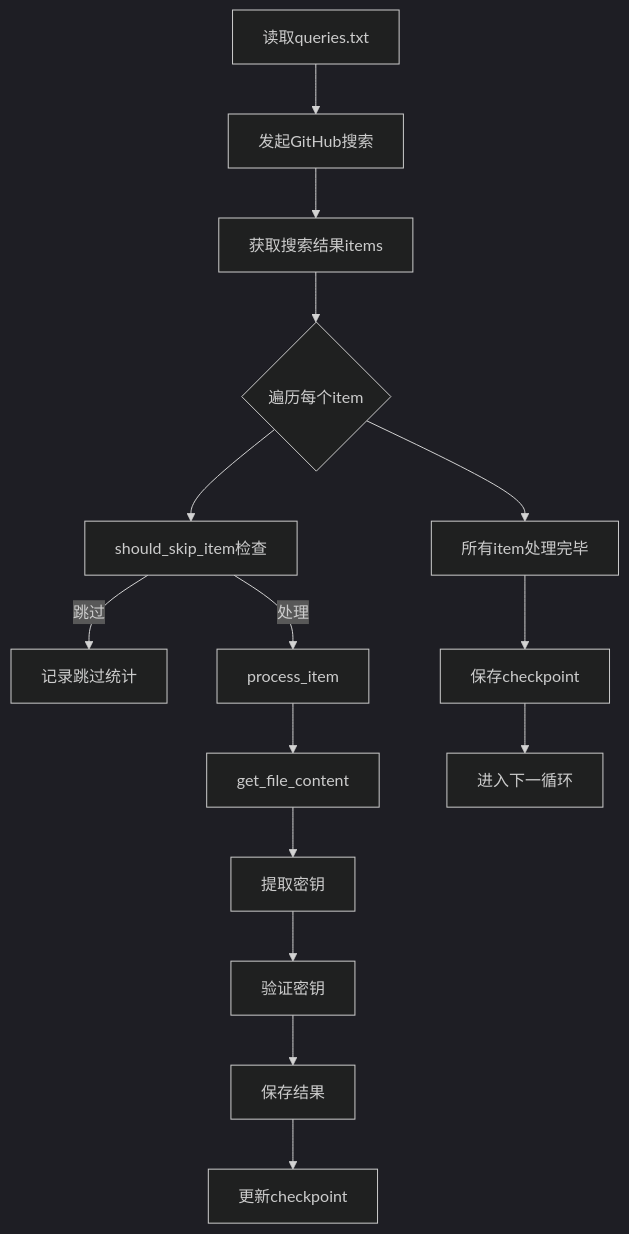
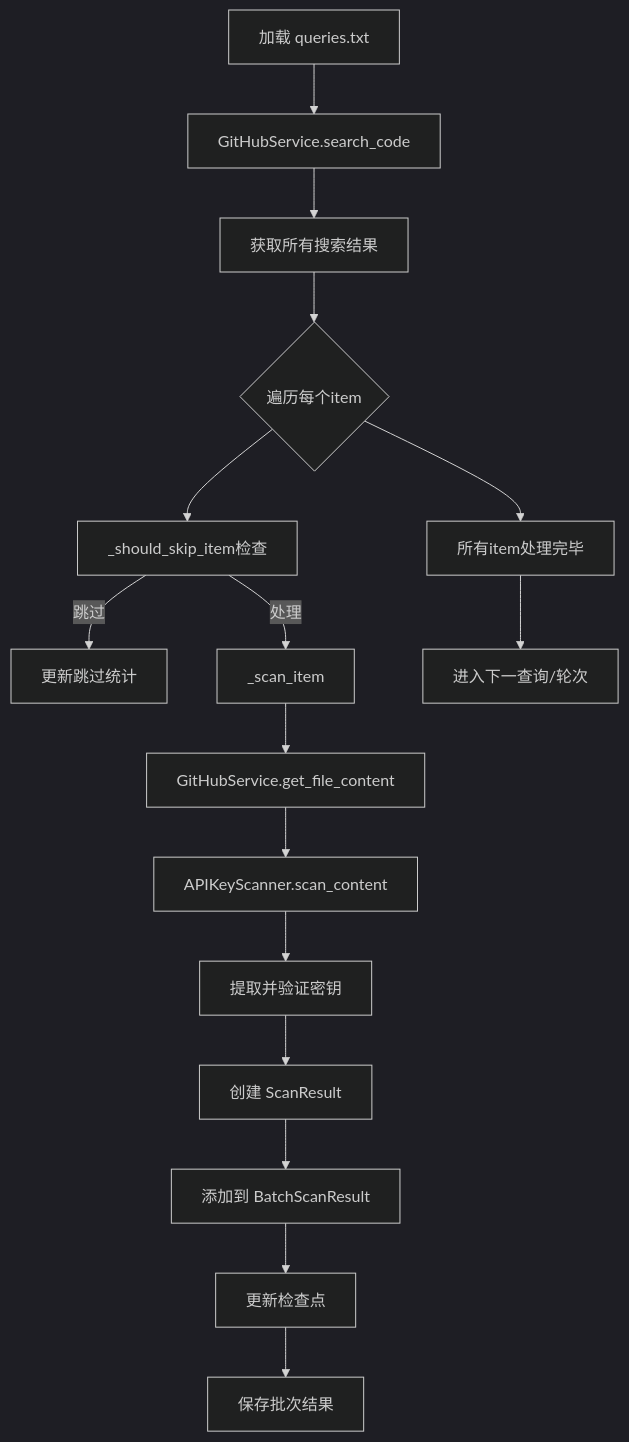
One commit to james-6-23/APIKEY-king changed the seventh of 8 diagrams in .qoder/repowiki/zh/content/核心功能详解/核心功能详解.md. Above: the diagram before and after it, drawn with Mermaid (dark theme). The commit also changed other lines of this file and 49 other files, not shown here.

````diff
--- a/.qoder/repowiki/zh/content/核心功能详解/核心功能详解.md
+++ b/.qoder/repowiki/zh/content/核心功能详解/核心功能详解.md
@@ -313,17 +304,18 @@
 ```mermaid
 flowchart TD
-A[读取queries.txt] --> B[发起GitHub搜索]
-B --> C[获取搜索结果items]
+A[加载 queries.txt] --> B[GitHubService.search_code]
+B --> C[获取所有搜索结果]
 C --> D{遍历每个item}
-D --> E[should_skip_item检查]
-E --> |跳过| F[记录跳过统计]
-E --> |处理| G[process_item]
-G --> H[get_file_content]
-H --> I[提取密钥]
-I --> J[验证密钥]
-J --> K[保存结果]
-K --> L[更新checkpoint]
-D --> M[所有item处理完毕]
-M --> N[保存checkpoint]
-N --> O[进入下一循环]
+D --> E[_should_skip_item检查]
+E --> |跳过| F[更新跳过统计]
+E --> |处理| G[_scan_item]
+G --> H[GitHubService.get_file_content]
+H --> I[APIKeyScanner.scan_content]
+I --> J[提取并验证密钥]
+J --> K[创建 ScanResult]
+K --> L[添加到 BatchScanResult]
+L --> M[更新检查点]
+M --> N[保存批次结果]
+D --> O[所有item处理完毕]
+O --> P[进入下一查询/轮次]
 ```
````
